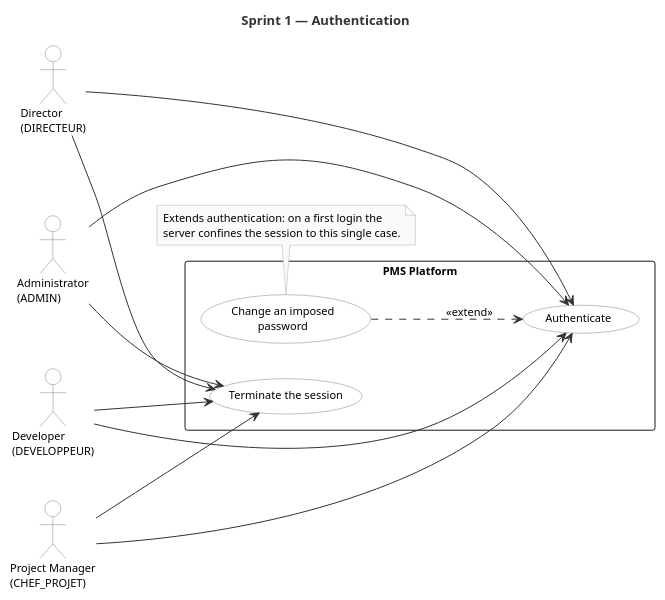
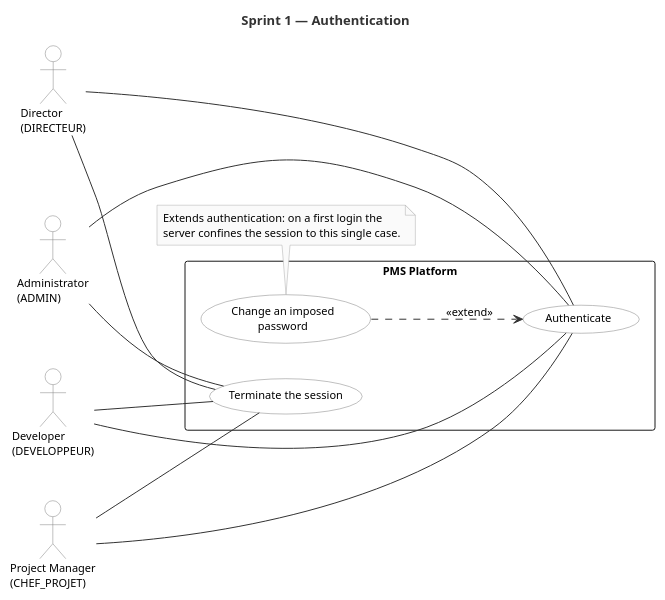
Before and after one commit to mazenrakrouki/tekup-pms-platform: the diagram in docs/uml/sprint/uc_sprint1.puml, drawn with PlantUML. The commit also changed 24 other files, not shown here.

First line of the commit message:
report: plain association lines in the eight sprint use case diagrams

```diff
--- a/docs/uml/sprint/uc_sprint1.puml
+++ b/docs/uml/sprint/uc_sprint1.puml
@@ -1,46 +1,46 @@
 @startuml uc_sprint1
 title Sprint 1 — Authentication
 
 left to right direction
 
 skinparam shadowing false
 skinparam packageStyle rectangle
 skinparam defaultFontName Helvetica
 skinparam defaultFontSize 11
 skinparam actorBorderColor #808080
 skinparam actorBackgroundColor #FFFFFF
 skinparam usecaseBorderColor #808080
 skinparam usecaseBackgroundColor #FFFFFF
 skinparam ArrowColor #333333
 skinparam noteBorderColor #AAAAAA
 skinparam noteBackgroundColor #FAFAFA
 skinparam TitleFontSize 13
 skinparam TitleFontColor #333333
 
 actor "Administrator\n(ADMIN)"         as Admin
 actor "Director\n(DIRECTEUR)"          as Dir
 actor "Project Manager\n(CHEF_PROJET)" as PM
 actor "Developer\n(DEVELOPPEUR)"       as Dev
 
 rectangle "PMS Platform" {
   usecase "Authenticate" as UC1
   usecase "Change an imposed\npassword" as UC2
   usecase "Terminate the session" as UC3
 }
 
-Admin --> UC1
-Dir --> UC1
-PM --> UC1
-Dev --> UC1
-Admin --> UC3
-Dir --> UC3
-PM --> UC3
-Dev --> UC3
+Admin -- UC1
+Dir -- UC1
+PM -- UC1
+Dev -- UC1
+Admin -- UC3
+Dir -- UC3
+PM -- UC3
+Dev -- UC3
 UC2 ..> UC1 : <<extend>>
 
 note bottom of UC2
   Extends authentication: on a first login the
   server confines the session to this single case.
 end note
 
 @enduml
```
